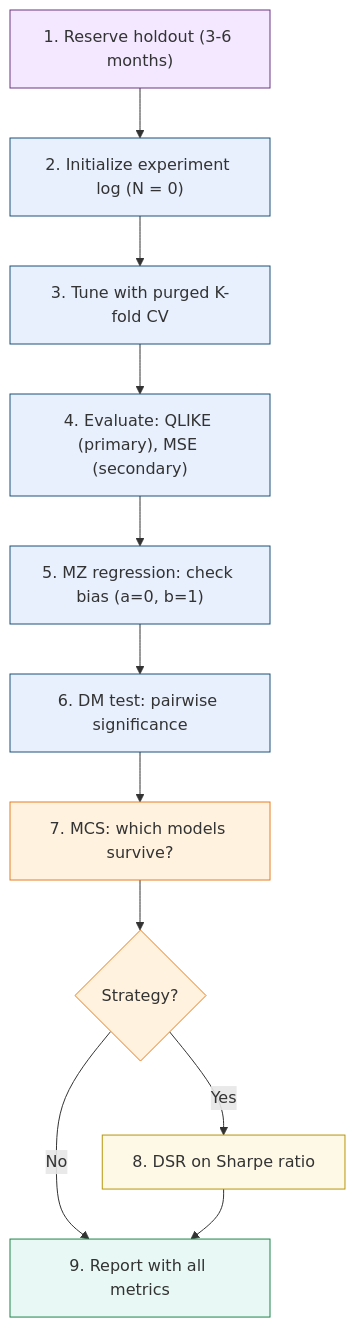
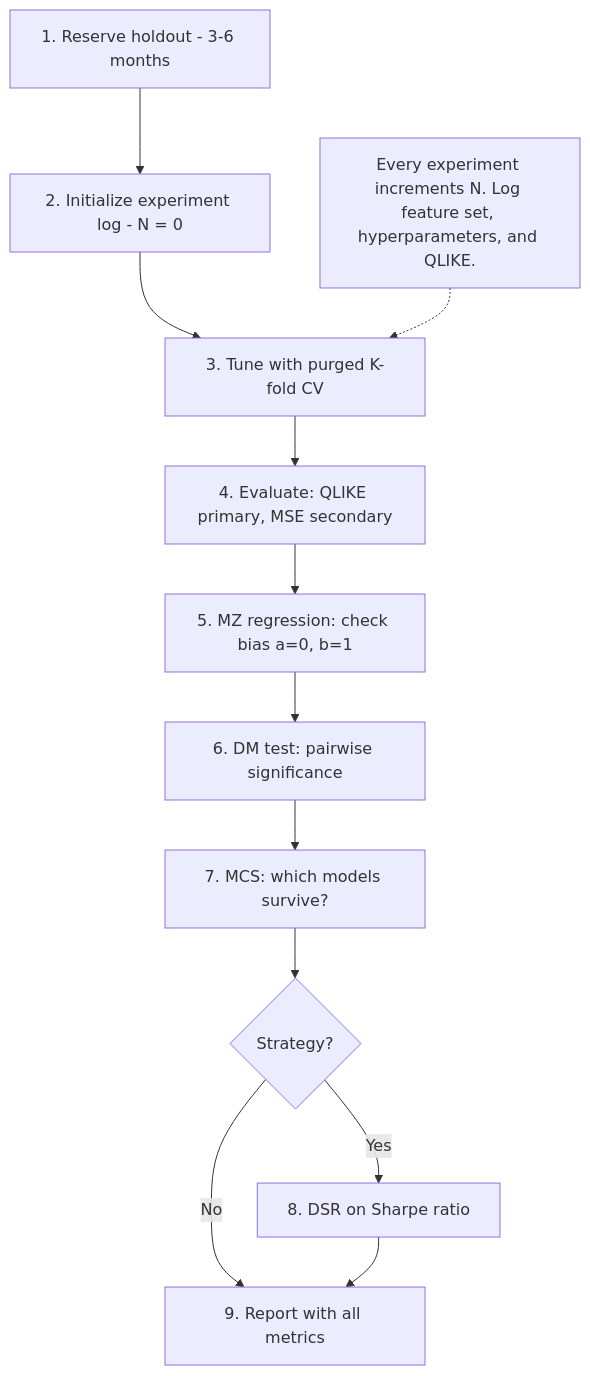
The third of 3 diagrams in vol-learning-guide/markdown/ch16-forecast-evaluation.md (xRyann2255/ML-GS), drawn with Mermaid before and after one commit. The commit also changed other lines of this file and 19 other files, not shown here.

````diff
--- a/vol-learning-guide/markdown/ch16-forecast-evaluation.md
+++ b/vol-learning-guide/markdown/ch16-forecast-evaluation.md
@@ -1196,24 +986,14 @@
 ```mermaid
 flowchart TD
-    A["1. Reserve holdout (3-6 months)"] --> B["2. Initialize experiment log (N = 0)"]
-    B --> C["3. Tune with purged K-fold CV"]
-    C --> D["4. Evaluate: QLIKE (primary), MSE (secondary)"]
-    D --> E["5. MZ regression: check bias (a=0, b=1)"]
-    E --> F["6. DM test: pairwise significance"]
-    F --> G["7. MCS: which models survive?"]
-    G --> H{"Strategy?"}
-    H -- Yes --> I["8. DSR on Sharpe ratio"]
-    H -- No --> J["9. Report with all metrics"]
-    I --> J
-
-    style A fill:#f3e8ff,stroke:#6c3483
-    style B fill:#e8f0fe,stroke:#1a5276
-    style C fill:#e8f0fe,stroke:#1a5276
-    style D fill:#e8f0fe,stroke:#1a5276
-    style E fill:#e8f0fe,stroke:#1a5276
-    style F fill:#e8f0fe,stroke:#1a5276
-    style G fill:#fff3e0,stroke:#e67e22
-    style H fill:#fff3e0,stroke:#e67e22
-    style I fill:#fef9e7,stroke:#b7950b
-    style J fill:#e8f8f5,stroke:#1e8449
+  reserve[1. Reserve holdout - 3-6 months] --> log[2. Initialize experiment log - N = 0]
+  log --> tune[3. Tune with purged K-fold CV]
+  tune --> qlike[4. Evaluate: QLIKE primary, MSE secondary]
+  qlike --> mz[5. MZ regression: check bias a=0, b=1]
+  mz --> dm[6. DM test: pairwise significance]
+  dm --> mcs[7. MCS: which models survive?]
+  mcs --> trade{Strategy?}
+  trade -->|Yes| dsr[8. DSR on Sharpe ratio]
+  trade -->|No| report[9. Report with all metrics]
+  dsr --> report
+  note[Every experiment increments N. Log feature set, hyperparameters, and QLIKE.] -.-> tune
 ```
````
